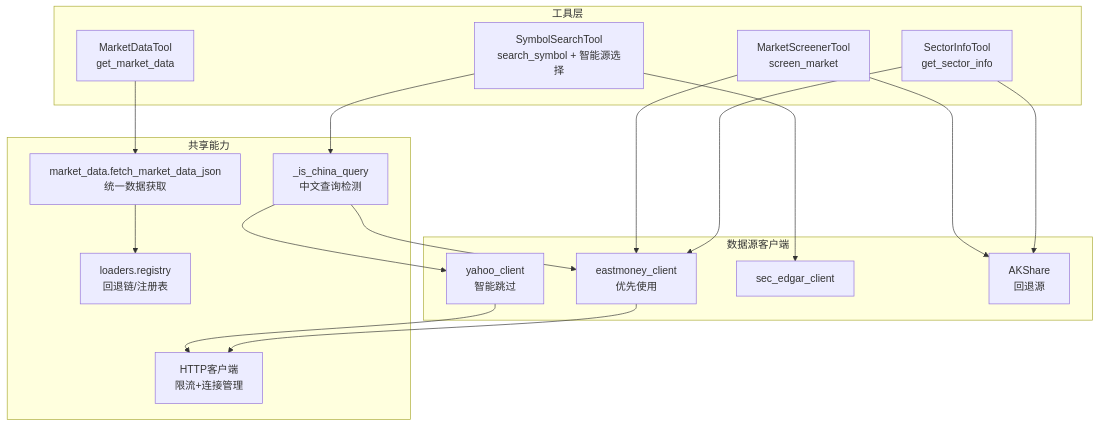
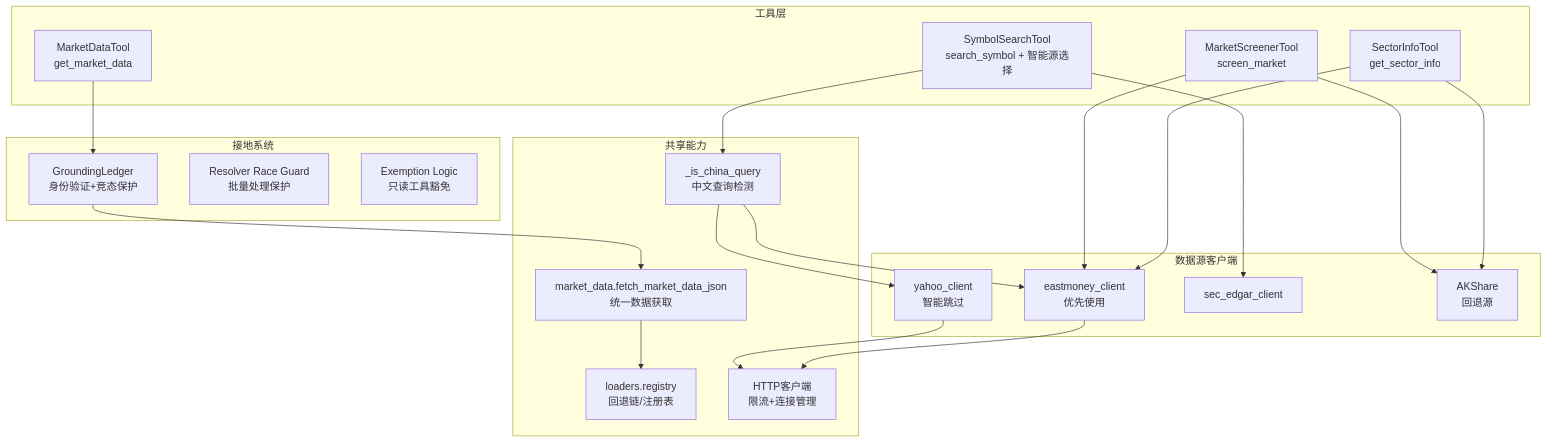
One commit to 20012002er/Vibe-Trading changed the first of 9 diagrams in .qoder/repowiki/zh/content/AI代理系统/工具系统/内置工具库/市场数据工具.md. Above: the diagram before and after it, drawn with Mermaid. The commit also changed other lines of this file and 6 other files, not shown here.

````diff
--- a/.qoder/repowiki/zh/content/AI代理系统/工具系统/内置工具库/市场数据工具.md
+++ b/.qoder/repowiki/zh/content/AI代理系统/工具系统/内置工具库/市场数据工具.md
@@ -54,33 +57,39 @@
 ```mermaid
 graph TB
 subgraph "工具层"
 MDT["MarketDataTool<br/>get_market_data"]
 SST["SymbolSearchTool<br/>search_symbol + 智能源选择"]
 STT["SectorInfoTool<br/>get_sector_info"]
 MSM["MarketScreenerTool<br/>screen_market"]
+end
+subgraph "接地系统"
+GL["GroundingLedger<br/>身份验证+竞态保护"]
+RS["Resolver Race Guard<br/>批量处理保护"]
+EX["Exemption Logic<br/>只读工具豁免"]
 end
 subgraph "共享能力"
 MDH["market_data.fetch_market_data_json<br/>统一数据获取"]
 REG["loaders.registry<br/>回退链/注册表"]
 CQD["_is_china_query<br/>中文查询检测"]
 HTTP["HTTP客户端<br/>限流+连接管理"]
 end
 subgraph "数据源客户端"
 EM["eastmoney_client<br/>优先使用"]
 YH["yahoo_client<br/>智能跳过"]
 SEC["sec_edgar_client"]
 AK["AKShare<br/>回退源"]
 end
-MDT --> MDH
+MDT --> GL
+GL --> MDH
 MDH --> REG
 SST --> CQD
 CQD --> EM
 CQD --> YH
 SST --> SEC
 STT --> EM
 STT --> AK
 MSM --> EM
 MSM --> AK
 EM --> HTTP
 YH --> HTTP
 ```
````
